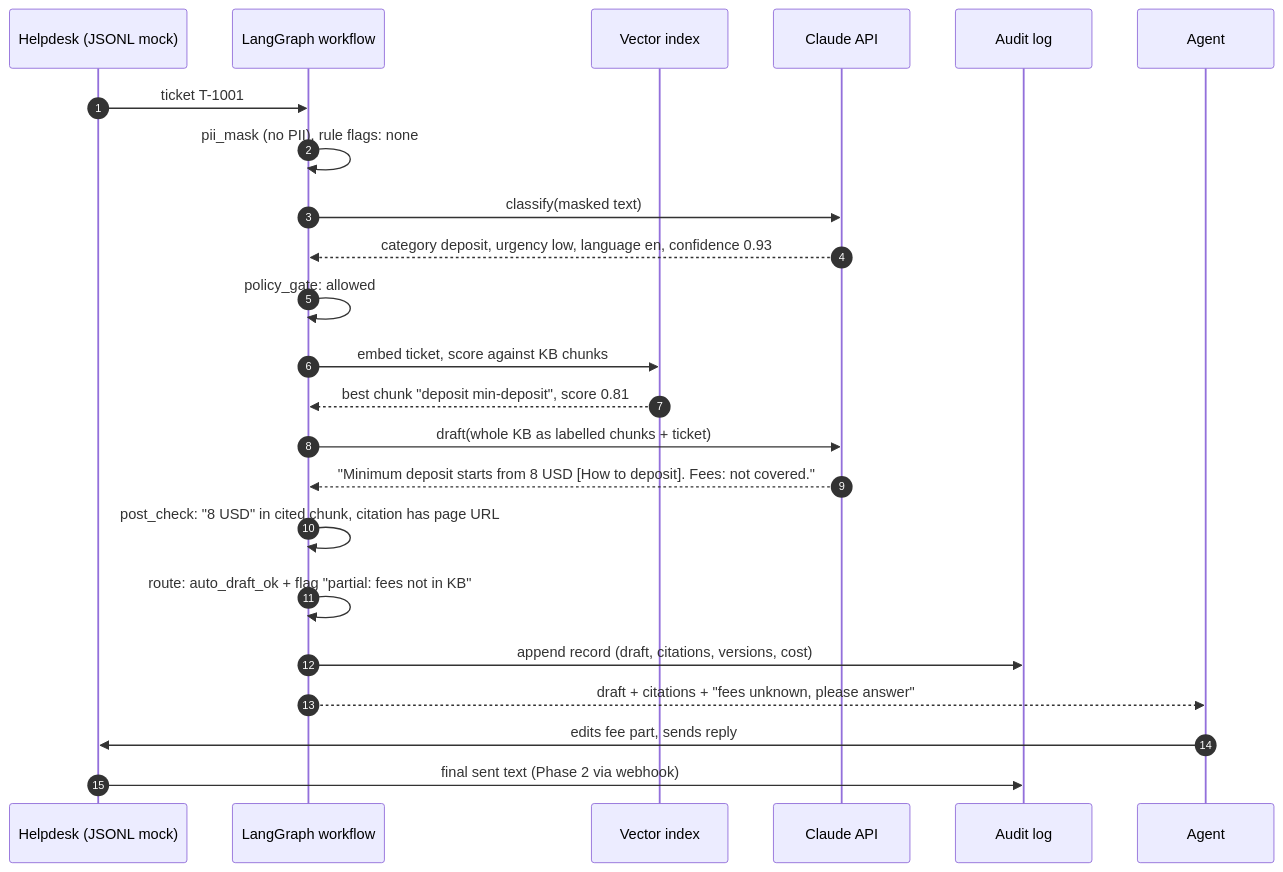
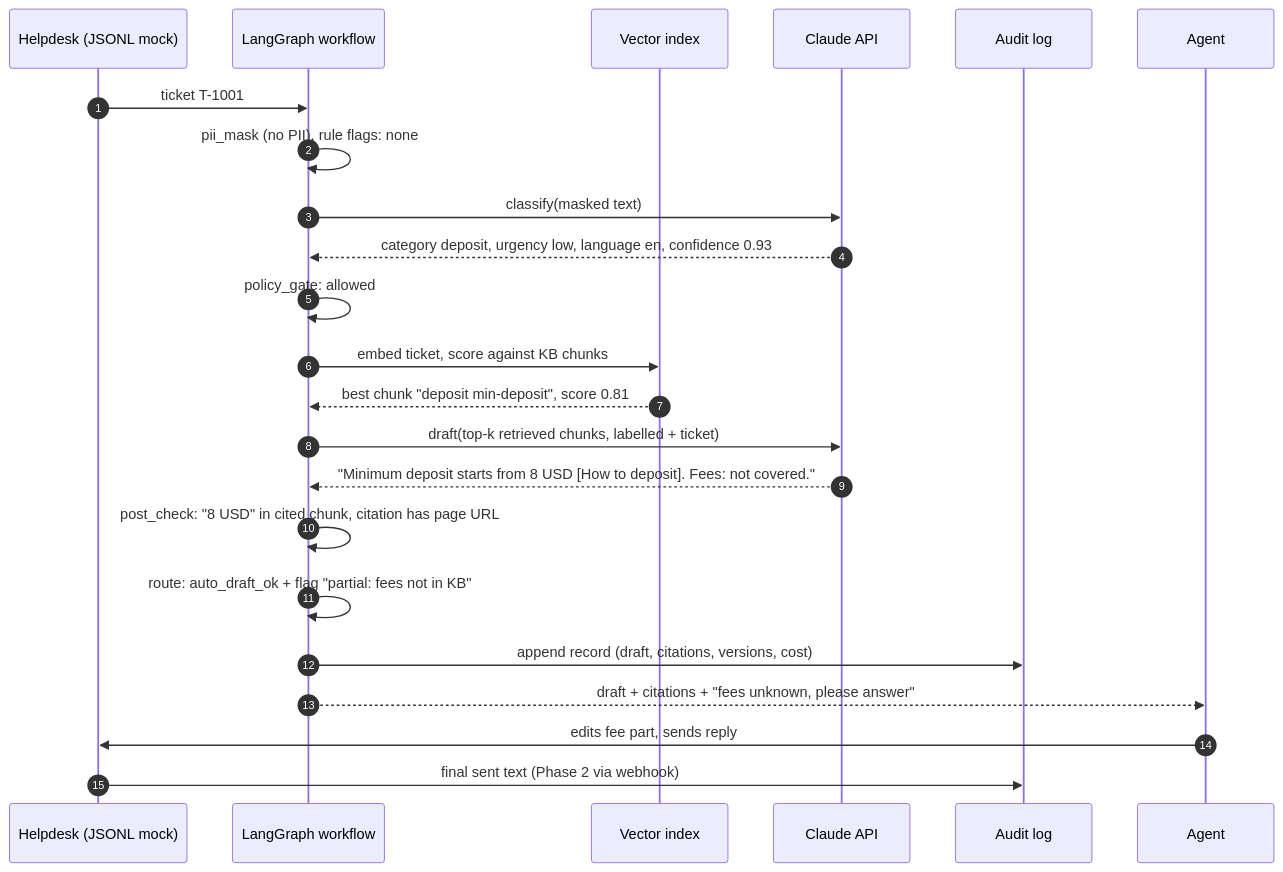
The seventh of 13 diagrams in docs/ARCHITECTURE.md (mohabashraf/support-copilot), drawn with Mermaid before and after one commit. The commit also changed other lines of this file and 26 other files, not shown here.

````diff
--- a/docs/ARCHITECTURE.md
+++ b/docs/ARCHITECTURE.md
@@ -246,26 +246,26 @@
 ```mermaid
 sequenceDiagram
     autonumber
     participant H as Helpdesk (JSONL mock)
     participant G as LangGraph workflow
     participant V as Vector index
     participant L as Claude API
     participant A as Audit log
     participant Ag as Agent
 
     H->>G: ticket T-1001
     G->>G: pii_mask (no PII), rule flags: none
     G->>L: classify(masked text)
     L-->>G: category deposit, urgency low, language en, confidence 0.93
     G->>G: policy_gate: allowed
     G->>V: embed ticket, score against KB chunks
     V-->>G: best chunk "deposit min-deposit", score 0.81
-    G->>L: draft(whole KB as labelled chunks + ticket)
+    G->>L: draft(top-k retrieved chunks, labelled + ticket)
     L-->>G: "Minimum deposit starts from 8 USD [How to deposit]. Fees: not covered."
     G->>G: post_check: "8 USD" in cited chunk, citation has page URL
     G->>G: route: auto_draft_ok + flag "partial: fees not in KB"
     G->>A: append record (draft, citations, versions, cost)
     G-->>Ag: draft + citations + "fees unknown, please answer"
     Ag->>H: edits fee part, sends reply
     H->>A: final sent text (Phase 2 via webhook)
 ```
````
